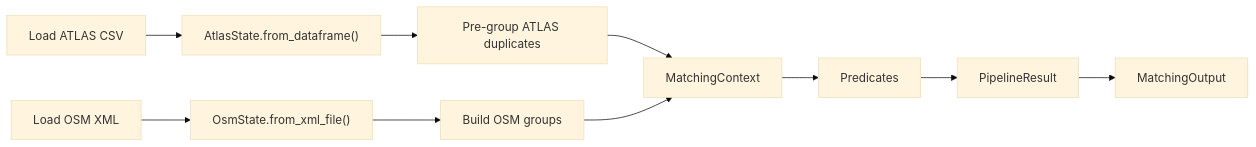
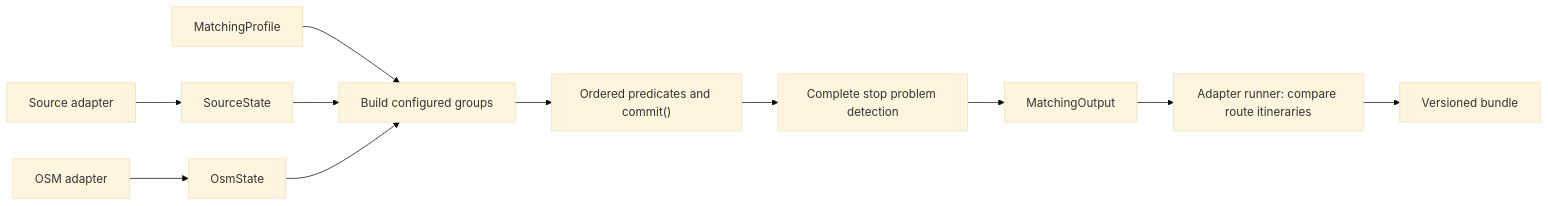
Before and after one commit to openTdataCH/stop_sync_osm_atlas: the first of 3 diagrams in documentation/2. Matching process.md, drawn with Mermaid (base theme). The commit also changed other lines of this file and 261 other files, not shown here.

````diff
--- a/documentation/2. Matching process.md
+++ b/documentation/2. Matching process.md
@@ -15,12 +21,13 @@
 ```mermaid
 flowchart LR
-    A["Load ATLAS CSV"] --> B["AtlasState.from_dataframe()"]
-    C["Load OSM XML"] --> D["OsmState.from_xml_file()"]
-    B --> E["Pre-group ATLAS duplicates"]
-    D --> F["Build OSM groups"]
-    E --> G["MatchingContext"]
-    F --> G
-    G --> H["Predicates"]
-    H --> I["PipelineResult"]
-    I --> J["MatchingOutput"]
+    A["Source adapter"] --> S["SourceState"]
+    B["OSM adapter"] --> O["OsmState"]
+    P["MatchingProfile"] --> G["Build configured groups"]
+    S --> G
+    O --> G
+    G --> M["Ordered predicates and commit()"]
+    M --> D["Complete stop problem detection"]
+    D --> R["MatchingOutput"]
+    R --> C["Adapter runner: compare route itineraries"]
+    C --> E["Versioned bundle"]
 ```
````
